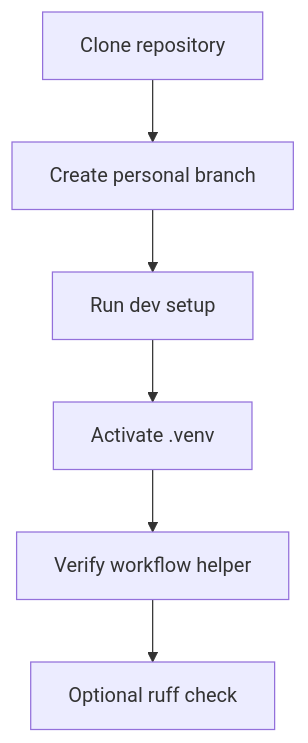
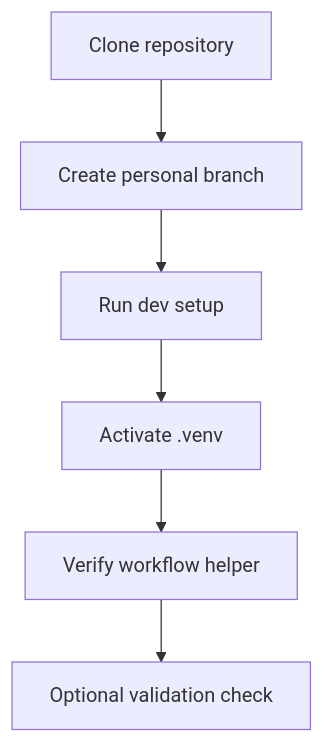
Before and after one commit to aferamb/analizador_sintactico: the first of 3 diagrams in CONTRIBUTING.md, drawn with Mermaid. The commit also changed other lines of this file and 13 other files, not shown here.

Commit message:
chore: Actualizar test flujo y documentación, También pequeño cambio en un diagrama

````diff
--- a/CONTRIBUTING.md
+++ b/CONTRIBUTING.md
@@ -59,8 +62,8 @@
 ```mermaid
 flowchart TD
     A[Clone repository] --> B[Create personal branch]
     B --> C[Run dev setup]
     C --> D[Activate .venv]
     D --> E[Verify workflow helper]
-    E --> F[Optional ruff check]
+    E --> F[Optional validation check]
 ```
````
